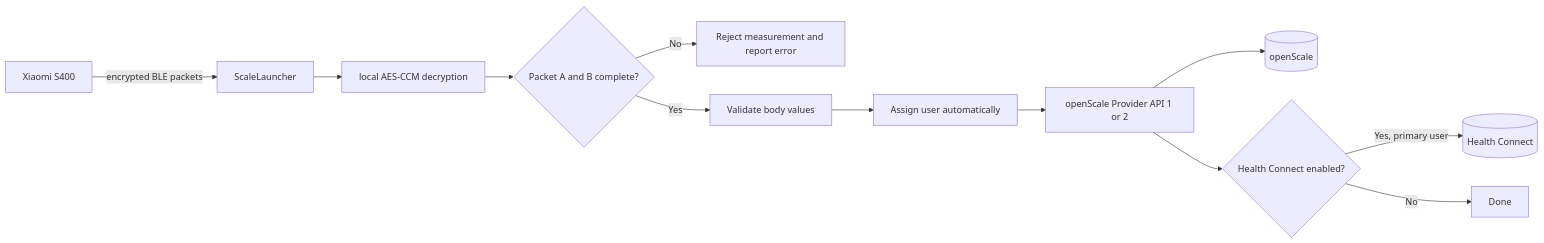
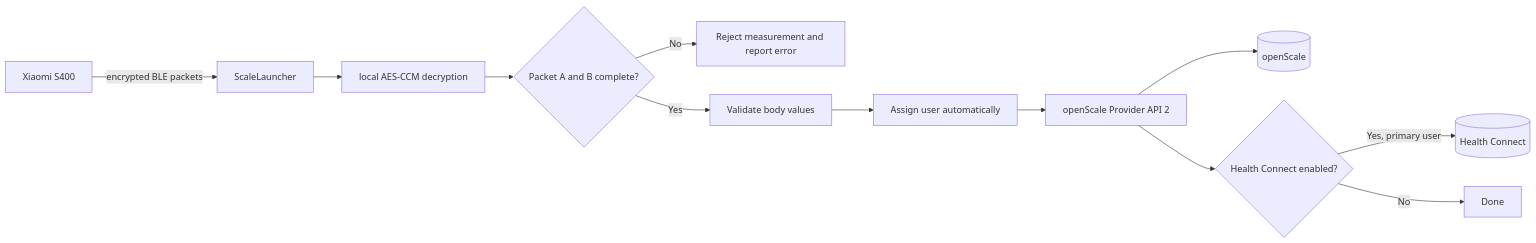
One commit to 1260er/ScaleLauncher changed the first of 2 diagrams in README.md. Above: the diagram before and after it, drawn with Mermaid. The commit also changed other lines of this file and 6 other files, not shown here.

Commit message:
Require openScale Provider API 2

````diff
--- a/README.md
+++ b/README.md
@@ -60,14 +60,14 @@
 ```mermaid
 flowchart LR
     A[Xiaomi S400] -->|encrypted BLE packets| B[ScaleLauncher]
     B --> C[local AES-CCM decryption]
     C --> D{Packet A and B complete?}
     D -->|No| E[Reject measurement and report error]
     D -->|Yes| F[Validate body values]
     F --> G[Assign user automatically]
-    G --> H[openScale Provider API 1 or 2]
+    G --> H[openScale Provider API 2]
     H --> I[(openScale)]
     H --> J{Health Connect enabled?}
     J -->|Yes, primary user| K[(Health Connect)]
     J -->|No| L[Done]
 ```
````
